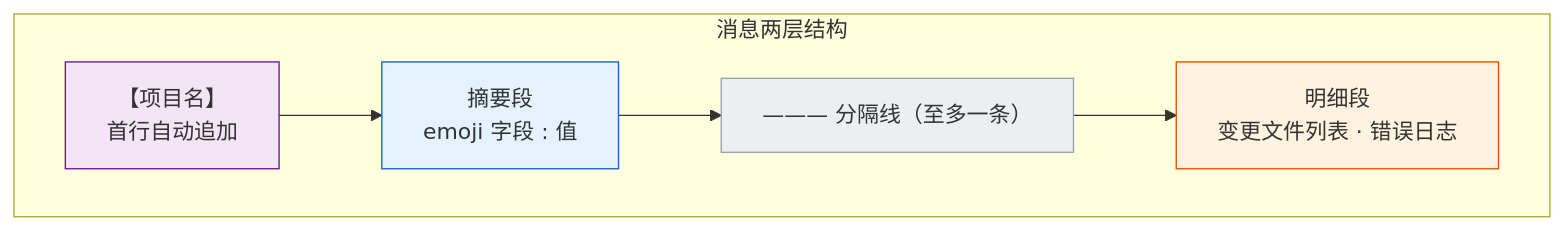
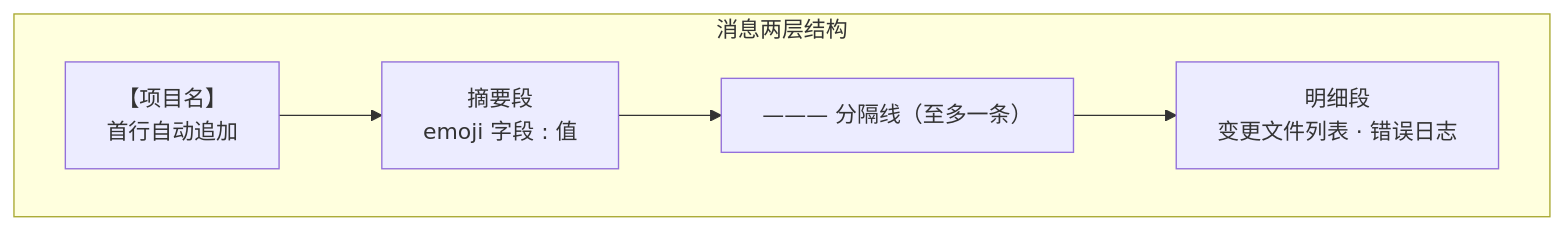
One commit to effiy/YrY changed the third of 11 diagrams in skills/rui-bot/SKILL.md. Above: the diagram before and after it, drawn with Mermaid. The commit also changed other lines of this file and 61 other files, not shown here.

````diff
--- a/skills/rui-bot/SKILL.md
+++ b/skills/rui-bot/SKILL.md
@@ -111,15 +107,11 @@
 ```mermaid
 flowchart TB
     subgraph 结构["消息两层结构"]
         HEADER["【项目名】<br/>首行自动追加"]:::hdr
         SUMMARY["摘要段<br/>emoji 字段 : 值"]:::summary
         SEP["——— 分隔线（至多一条）"]:::sep
         DETAIL["明细段<br/>变更文件列表 · 错误日志"]:::detail
     end
     HEADER --> SUMMARY --> SEP --> DETAIL
 
-    classDef hdr fill:#f3e5f5,stroke:#6a1b9a;
-    classDef summary fill:#e3f2fd,stroke:#1565c0;
-    classDef sep fill:#eceff1,stroke:#90a4ae;
-    classDef detail fill:#fff3e0,stroke:#e65100;
 ```
````
